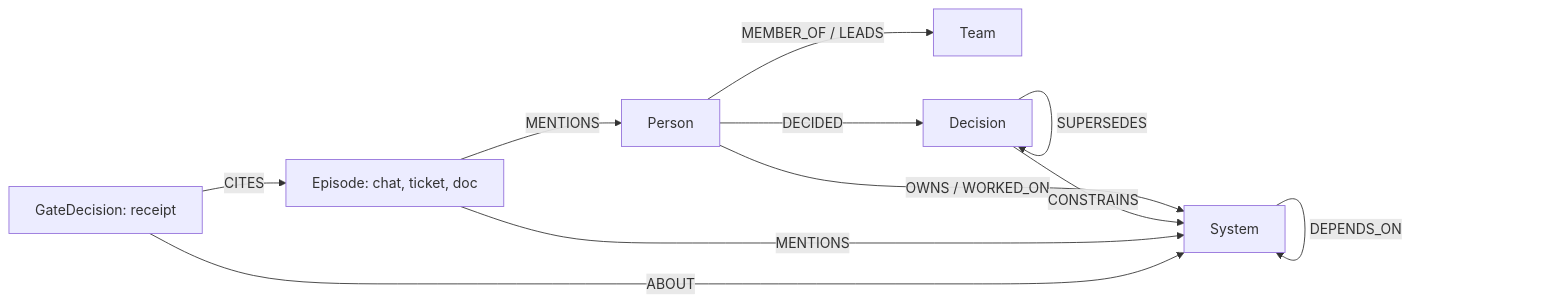
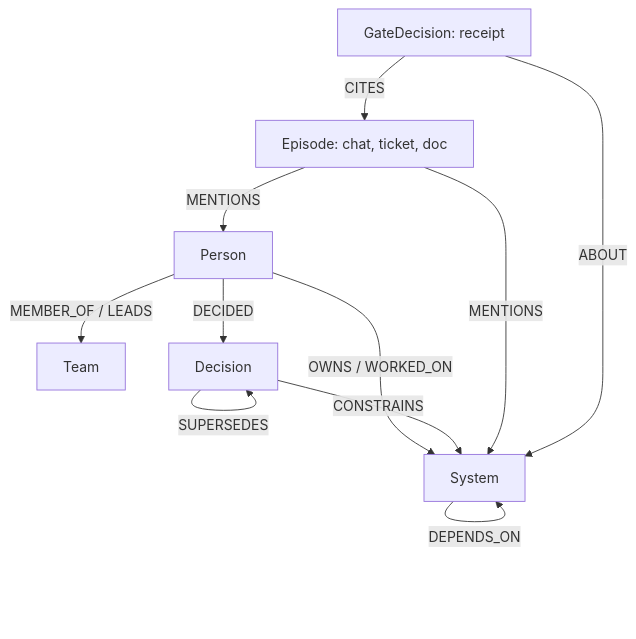
The diagram in README.md (retailbox-automation/what-leaves-with-them), drawn with Mermaid before and after one commit.

Commit message:
README: graph model diagram top-down

````diff
--- a/README.md
+++ b/README.md
@@ -126,13 +126,13 @@
 ```mermaid
-flowchart LR
+flowchart TD
   P[Person] -- OWNS / WORKED_ON --> S[System]
   P -- MEMBER_OF / LEADS --> T[Team]
   P -- DECIDED --> D[Decision]
   D -- SUPERSEDES --> D
   D -- CONSTRAINS --> S
   S -- DEPENDS_ON --> S
   E[Episode: chat, ticket, doc] -- MENTIONS --> P
   E -- MENTIONS --> S
   G[GateDecision: receipt] -- CITES --> E
   G -- ABOUT --> S
 ```
````
